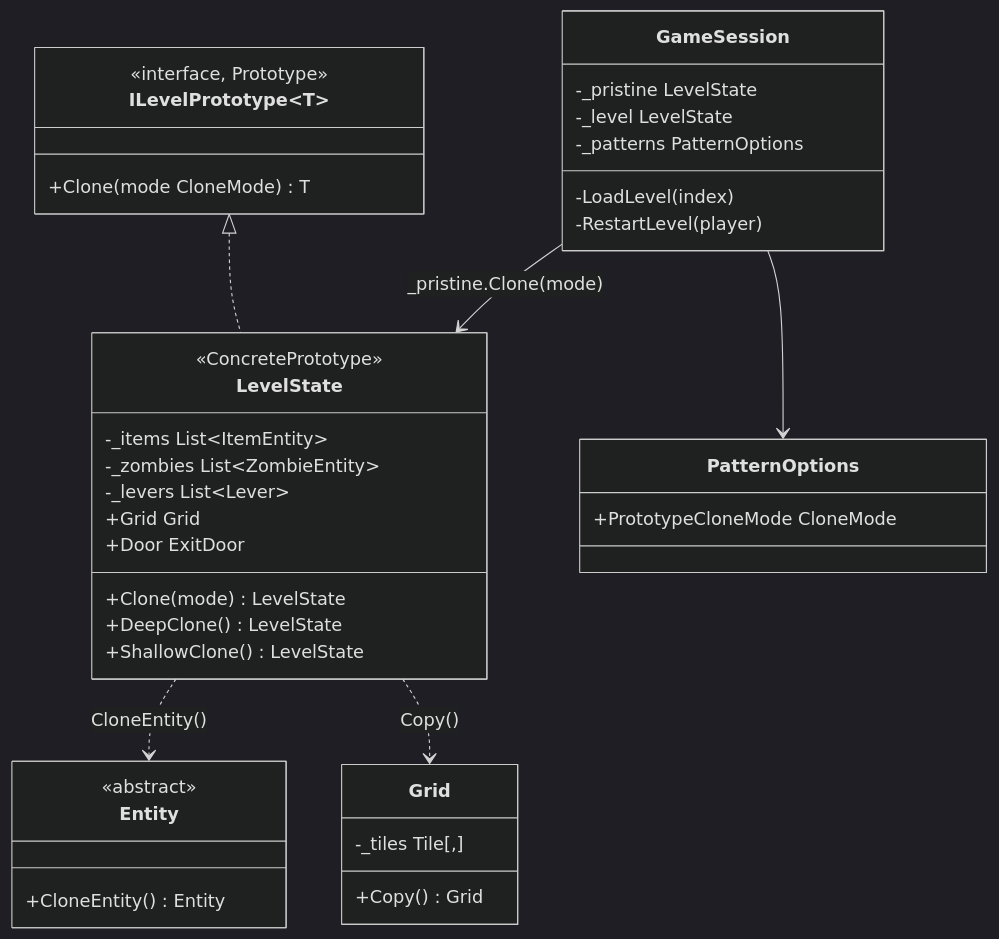
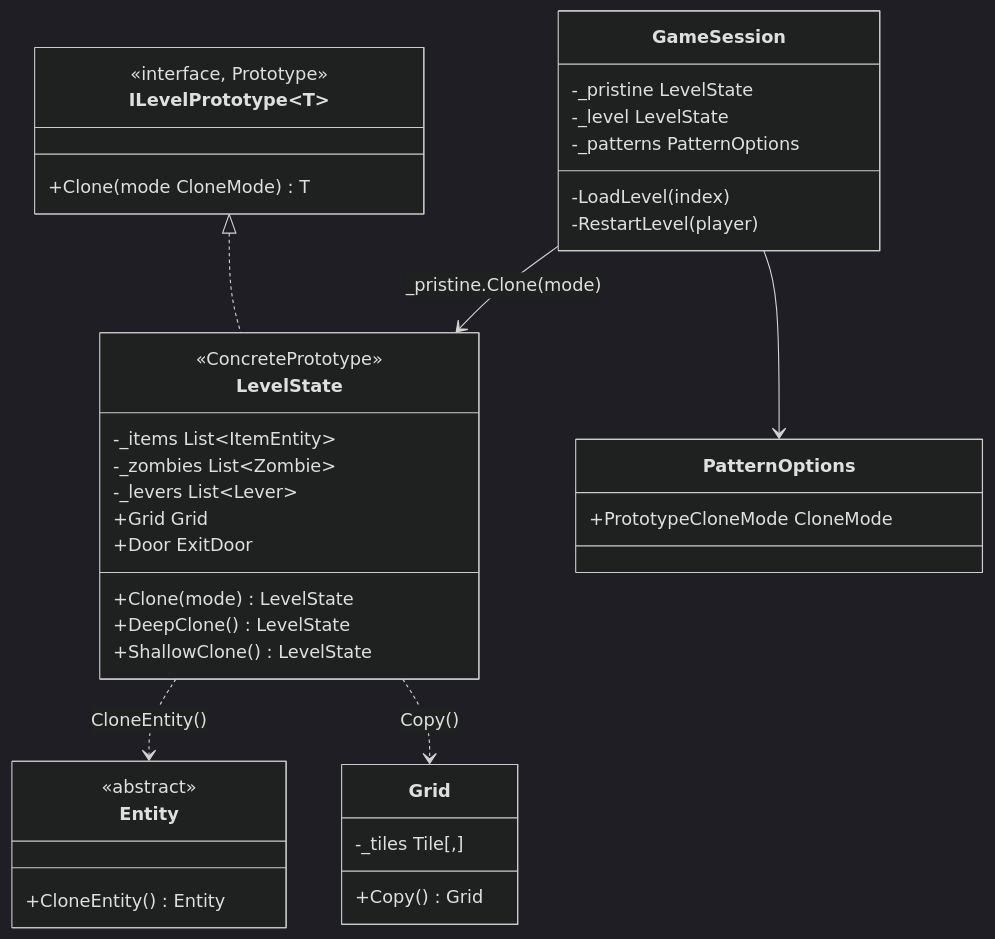
One commit to YoBoyJonas/OPP changed the second of 2 diagrams in docs/patterns/Prototype.md. Above: the diagram before and after it, drawn with Mermaid (dark theme). The commit also changed other lines of this file and 21 other files, not shown here.

````diff
--- a/docs/patterns/Prototype.md
+++ b/docs/patterns/Prototype.md
@@ -70,41 +70,41 @@
 ```mermaid
 classDiagram
     class ILevelPrototype~T~ {
         <<interface, Prototype>>
         +Clone(mode CloneMode) T
     }
     class LevelState {
         <<ConcretePrototype>>
         -_items List~ItemEntity~
-        -_zombies List~ZombieEntity~
+        -_zombies List~Zombie~
         -_levers List~Lever~
         +Grid Grid
         +Door ExitDoor
         +Clone(mode) LevelState
         +DeepClone() LevelState
         +ShallowClone() LevelState
     }
     class Entity {
         <<abstract>>
         +CloneEntity() Entity
     }
     class Grid {
         -_tiles Tile[,]
         +Copy() Grid
     }
     class GameSession {
         -_pristine LevelState
         -_level LevelState
         -_patterns PatternOptions
         -LoadLevel(index)
         -RestartLevel(player)
     }
     class PatternOptions {
         +PrototypeCloneMode CloneMode
     }
     ILevelPrototype~T~ <|.. LevelState
     LevelState ..> Entity : CloneEntity()
     LevelState ..> Grid : Copy()
     GameSession --> LevelState : _pristine.Clone(mode)
     GameSession --> PatternOptions
 ```
````
